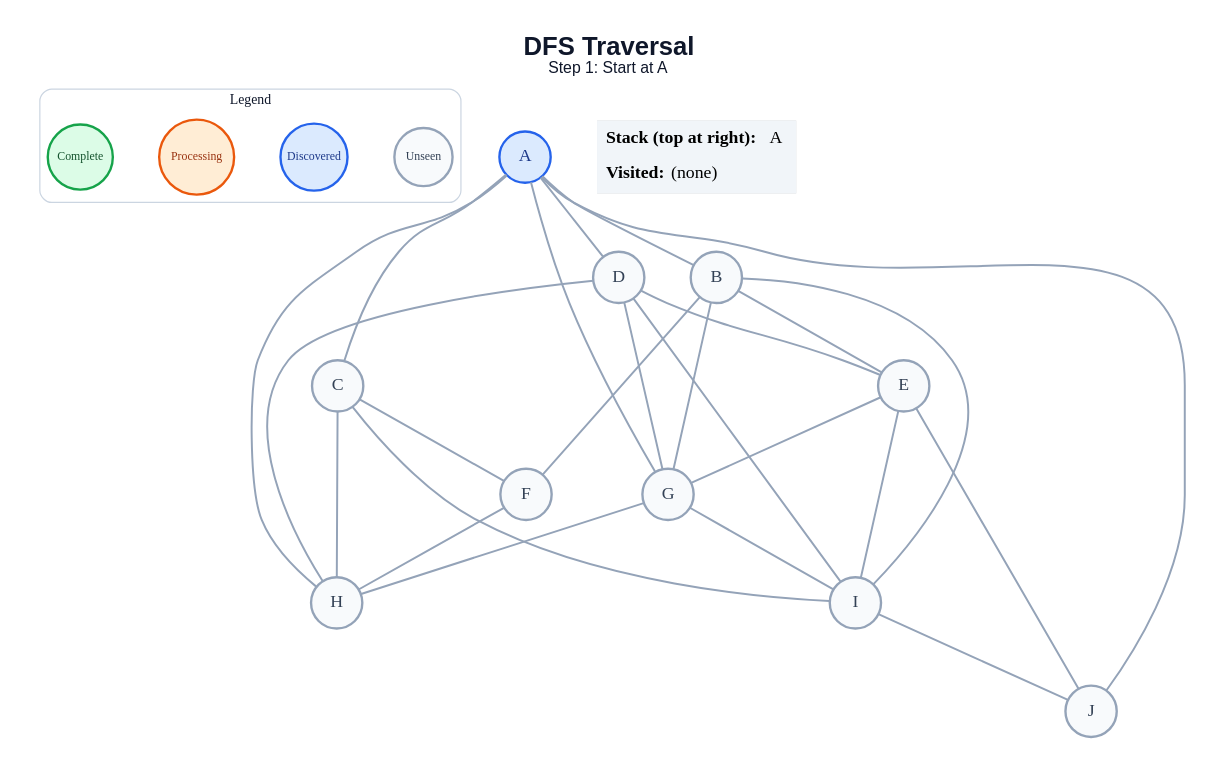
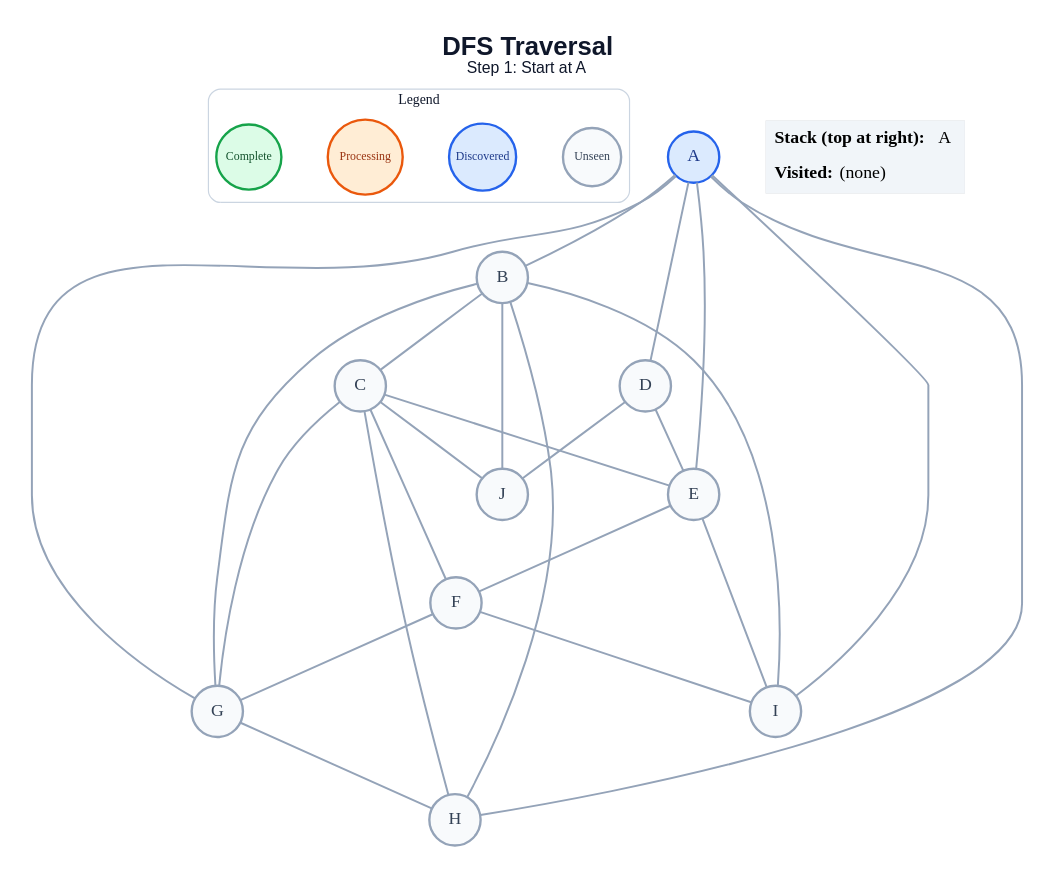
One commit to amanghodawala9/ai-slop changed the diagram in generated/dfs/step_01.dot. Above: the diagram before and after it, drawn with Graphviz. The commit also changed 178 other files, not shown here.

```diff
--- a/generated/dfs/step_01.dot
+++ b/generated/dfs/step_01.dot
@@ -1,53 +1,52 @@
 graph traversal {
   graph [layout=dot, rankdir=TB, bgcolor="#FFFFFF", pad="0.35", nodesep="0.65", ranksep="0.8", fontname="Arial"];
   node [shape=circle, style="filled", fontname="Arial Bold", fontsize=18, width=0.72, fixedsize=true, penwidth=2.4];
   edge [color="#94A3B8", penwidth=2.0];
   label=<<B>DFS Traversal</B><BR/><FONT POINT-SIZE="16">Step 1: Start at A</FONT>>; labelloc="t"; fontsize=26; fontname="Arial"; fontcolor="#0F172A";
   subgraph cluster_legend { label="Legend"; color="#CBD5E1"; penwidth=1.2; style="rounded"; fontsize=14; fontname="Arial Bold";
     key_unseen [label="Unseen", fillcolor="#F8FAFC", color="#94A3B8", fontcolor="#334155", fontsize=12, width=0.82];
     key_frontier [label="Discovered", fillcolor="#DBEAFE", color="#2563EB", fontcolor="#1E3A8A", fontsize=12, width=0.95];
     key_current [label="Processing", fillcolor="#FFEDD5", color="#EA580C", fontcolor="#9A3412", fontsize=12, width=1.05];
     key_done [label="Complete", fillcolor="#DCFCE7", color="#16A34A", fontcolor="#14532D", fontsize=12, width=0.92];
     { rank=same; key_unseen; key_frontier; key_current; key_done; }
   }
   A [fillcolor="#DBEAFE", color="#2563EB", fontcolor="#1E3A8A"];
   B [fillcolor="#F8FAFC", color="#94A3B8", fontcolor="#334155"];
   C [fillcolor="#F8FAFC", color="#94A3B8", fontcolor="#334155"];
   D [fillcolor="#F8FAFC", color="#94A3B8", fontcolor="#334155"];
   E [fillcolor="#F8FAFC", color="#94A3B8", fontcolor="#334155"];
   F [fillcolor="#F8FAFC", color="#94A3B8", fontcolor="#334155"];
   G [fillcolor="#F8FAFC", color="#94A3B8", fontcolor="#334155"];
   H [fillcolor="#F8FAFC", color="#94A3B8", fontcolor="#334155"];
   I [fillcolor="#F8FAFC", color="#94A3B8", fontcolor="#334155"];
   J [fillcolor="#F8FAFC", color="#94A3B8", fontcolor="#334155"];
   A -- B;
-  A -- C;
   A -- D;
+  A -- E;
   A -- G;
   A -- H;
-  A -- J;
-  B -- E;
-  B -- F;
+  A -- I;
+  B -- C;
   B -- G;
+  B -- H;
   B -- I;
+  B -- J;
+  C -- E;
   C -- F;
+  C -- G;
   C -- H;
-  C -- I;
+  C -- J;
   D -- E;
-  D -- G;
-  D -- H;
-  D -- I;
-  E -- G;
+  D -- J;
+  E -- F;
   E -- I;
-  E -- J;
-  F -- H;
+  F -- G;
+  F -- I;
   G -- H;
-  G -- I;
-  I -- J;
   status [shape=plain, fixedsize=false, width=0, height=0, margin=0, label=<
     <TABLE BORDER="0" CELLBORDER="0" CELLPADDING="7" BGCOLOR="#F1F5F9">
       <TR><TD ALIGN="LEFT"><B>Stack (top at right):</B> A</TD></TR>
       <TR><TD ALIGN="LEFT"><B>Visited:</B> (none)</TD></TR>
     </TABLE>
   >];
 }
```
